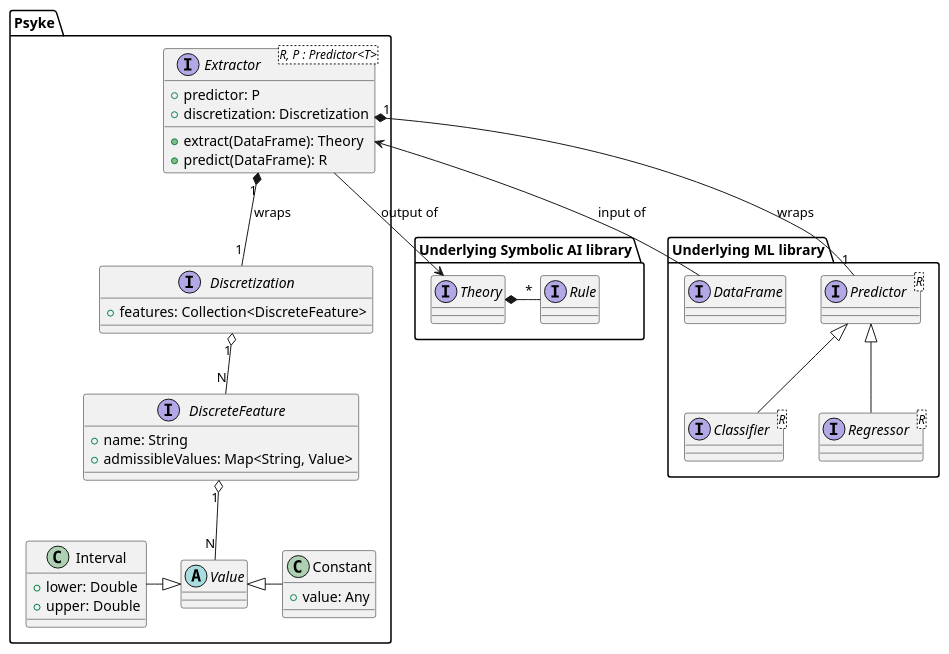
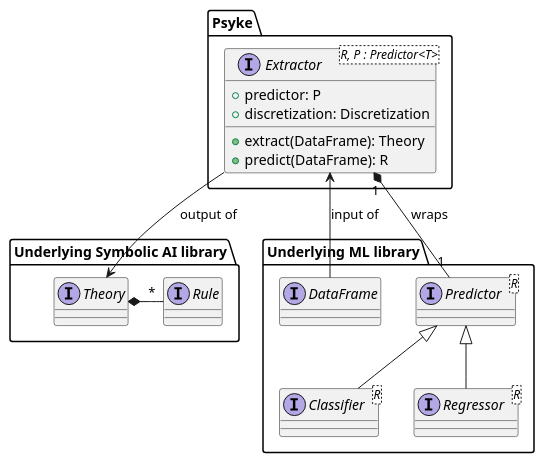
Before and after one commit to pikalab-unibo/psyki-tutorial: the diagram in figures/extractor-api.pu, drawn with PlantUML. The commit also changed 6 other files, not shown here.

```diff
--- a/figures/extractor-api.pu
+++ b/figures/extractor-api.pu
@@ -1,62 +1,33 @@
 @startuml
-package "Underlying ML library" {
+package "Underlying ML library" as ML {
   interface Predictor<R>
   interface DataFrame
 
   interface Classifier<R>
   interface Regressor<R>
 
   Predictor <|-- Classifier
   Predictor <|-- Regressor
 }
 
-package "Underlying Symbolic AI library" {
+package "Underlying Symbolic AI library" as AI {
   interface Rule
   interface Theory
 
   Theory " " *-right- "*" Rule
 }
 
 package Psyke {
   interface Extractor<R, P : Predictor<T>> {
     + predictor: P
     + discretization: Discretization
     + extract(DataFrame): Theory
     + predict(DataFrame): R
   }
-
-  interface Discretization {
-    + features: Collection<DiscreteFeature>
-  }
-
-  Extractor "1" *-- "1" Discretization: wraps
-
-  interface DiscreteFeature {
-    + name: String
-    + admissibleValues: Map<String, Value>
-  }
-
-  Discretization "1" o-- "N" DiscreteFeature
-
-  abstract class Value
-
-  DiscreteFeature "1" o-- "N" Value
-
-  class Interval {
-    + lower: Double
-    + upper: Double
-  }
-
-  class Constant {
-    + value: Any
-  }
-
-  Value <|-left- Interval
-  Value <|-right- Constant
 }
 
 Extractor "1" *-- "1" Predictor: wraps
 
 DataFrame -left-> Extractor: input of
 Extractor --> Theory: output of
 @enduml
```
